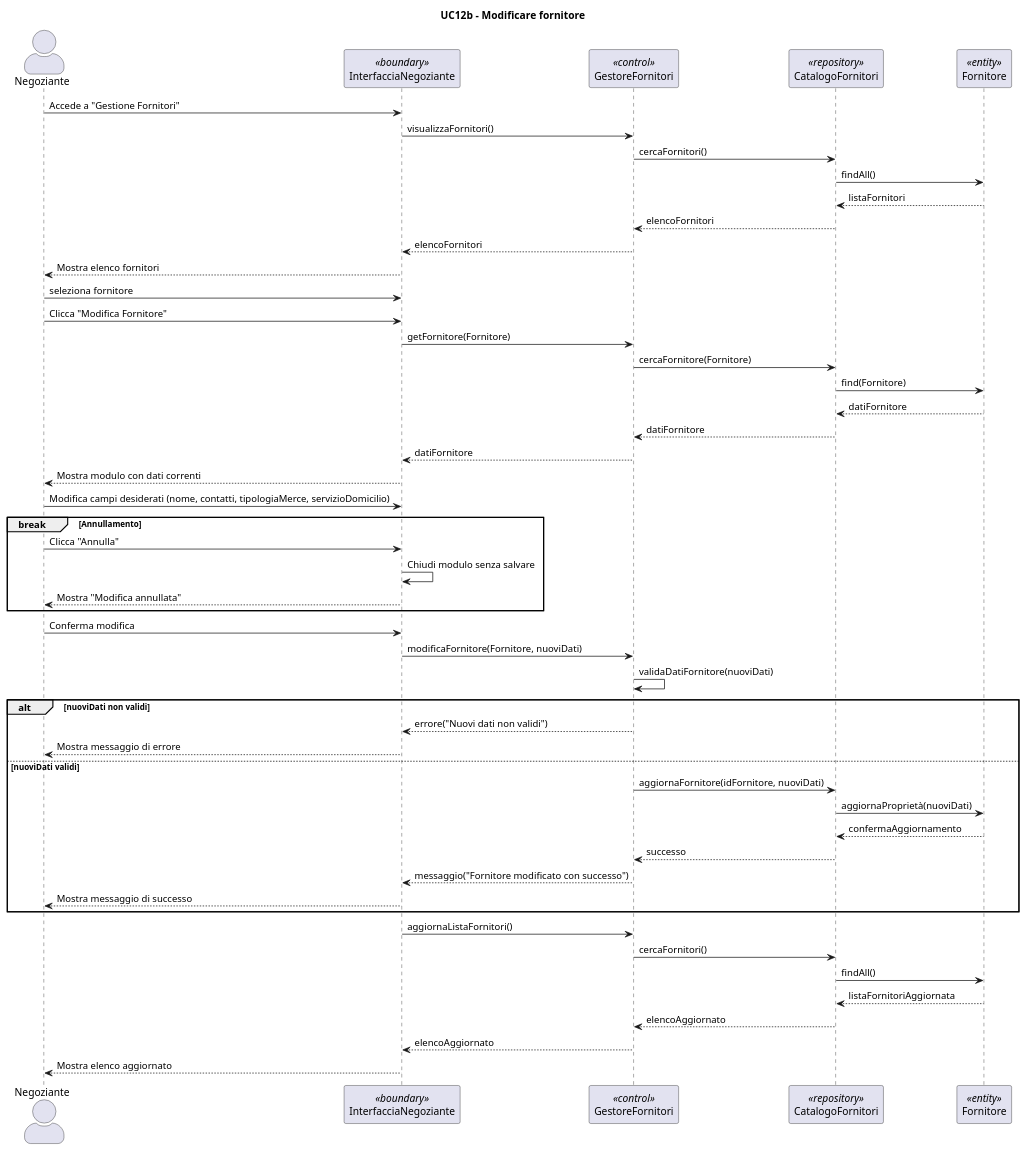
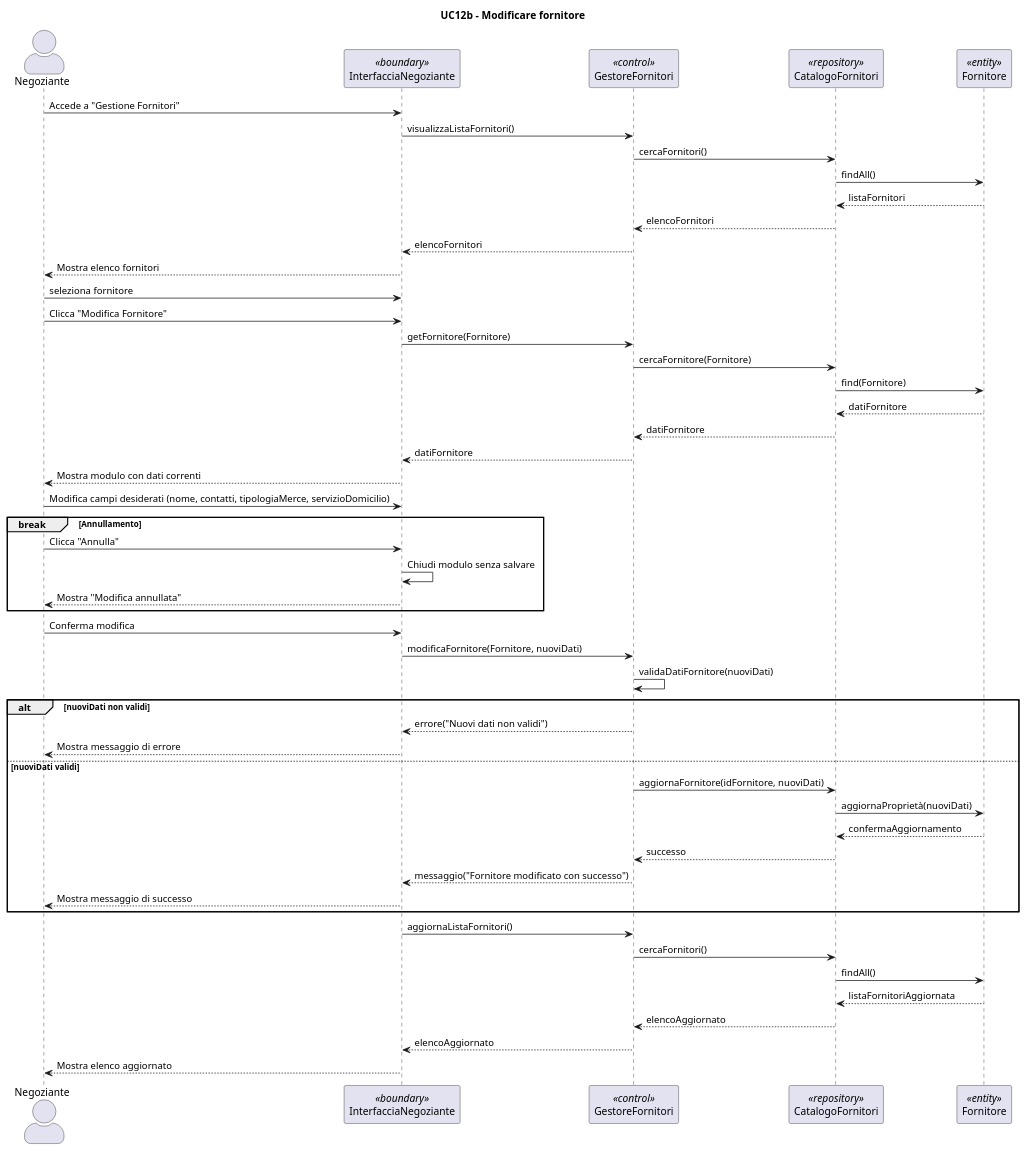
The diagram in diagrammiUML/diagrammi di sequenza/UC12b_Modificare_Fornitore.puml (Samepsilon/FloWare), drawn with PlantUML before and after one commit. The commit also changed 7 other files, not shown here.

Commit message:
final work on diagram sequences

```diff
--- a/diagrammiUML/diagrammi di sequenza/UC12b_Modificare_Fornitore.puml
+++ b/diagrammiUML/diagrammi di sequenza/UC12b_Modificare_Fornitore.puml
@@ -1,64 +1,64 @@
 @startuml
 title UC12b - Modificare fornitore
 skinparam actorStyle awesome
 
 actor "Negoziante" as N
 participant "InterfacciaNegoziante" as IN <<boundary>>
 participant "GestoreFornitori" as G <<control>>
 participant "CatalogoFornitori" as CF <<repository>>
 participant "Fornitore" as F <<entity>>
 
 N -> IN: Accede a "Gestione Fornitori"
-IN -> G: visualizzaFornitori()
+IN -> G: visualizzaListaFornitori()
 G -> CF: cercaFornitori()
 CF -> F: findAll()
 F --> CF: listaFornitori
 CF --> G: elencoFornitori
 G --> IN: elencoFornitori
 IN --> N: Mostra elenco fornitori
 
 N -> IN: seleziona fornitore 
 N -> IN: Clicca "Modifica Fornitore"
 
 IN -> G: getFornitore(Fornitore)
 G -> CF: cercaFornitore(Fornitore)
 CF -> F: find(Fornitore)
 F --> CF: datiFornitore
 CF --> G: datiFornitore
 G --> IN: datiFornitore
 IN --> N: Mostra modulo con dati correnti
 
 N -> IN: Modifica campi desiderati (nome, contatti, tipologiaMerce, servizioDomicilio)
 
 break Annullamento
     N -> IN: Clicca "Annulla"
     IN -> IN: Chiudi modulo senza salvare
     IN --> N: Mostra "Modifica annullata"
 end
 
 N -> IN: Conferma modifica
 IN -> G: modificaFornitore(Fornitore, nuoviDati)
 G -> G: validaDatiFornitore(nuoviDati)
 
 alt nuoviDati non validi
     G --> IN: errore("Nuovi dati non validi")
     IN --> N: Mostra messaggio di errore
 
 else nuoviDati validi
     G -> CF: aggiornaFornitore(idFornitore, nuoviDati)
     CF -> F: aggiornaProprietà(nuoviDati)
     F --> CF: confermaAggiornamento
     CF --> G: successo
     G --> IN: messaggio("Fornitore modificato con successo")
     IN --> N: Mostra messaggio di successo
     
 end
     IN -> G: aggiornaListaFornitori()
     G -> CF: cercaFornitori()
     CF -> F: findAll()
     F --> CF: listaFornitoriAggiornata
     CF --> G: elencoAggiornato
     G --> IN: elencoAggiornato
     IN --> N: Mostra elenco aggiornato
 
 @enduml
```
